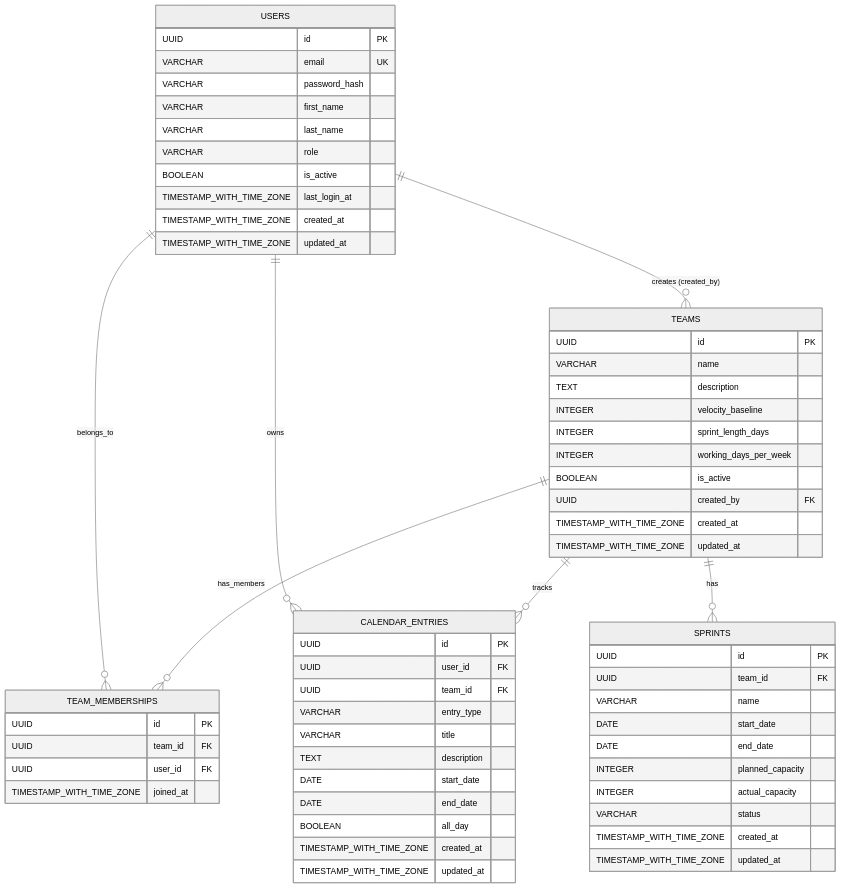
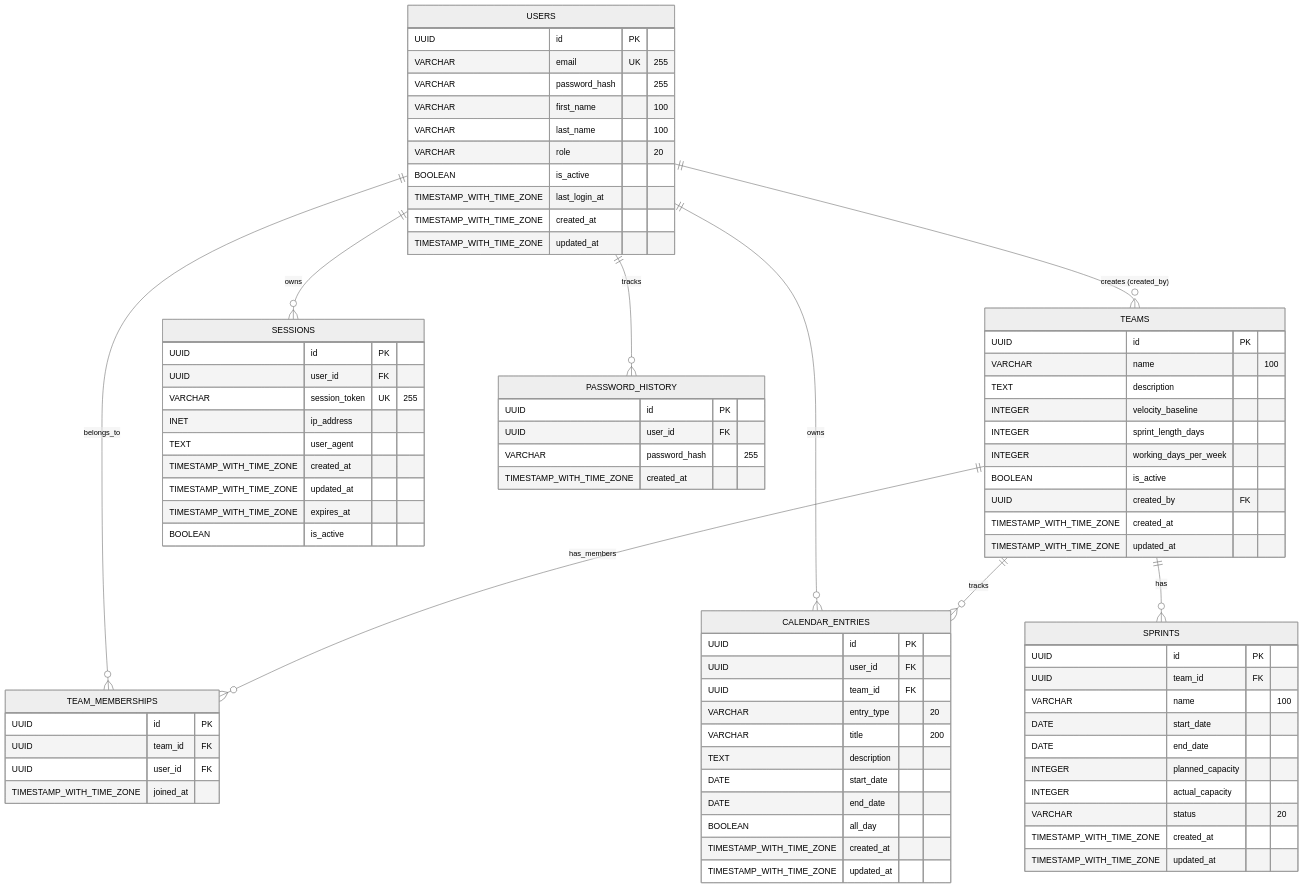
One commit to ApexAZ/zentropy changed the diagram in docs/database-erd.md. Above: the diagram before and after it, drawn with Mermaid (neutral theme). The commit also changed other lines of this file and 1 other file, not shown here.

```diff
--- a/docs/database-erd.md
+++ b/docs/database-erd.md
@@ -6,11 +6,11 @@
 erDiagram
     USERS {
         UUID id PK
-        VARCHAR email UK
-        VARCHAR password_hash
-        VARCHAR first_name
-        VARCHAR last_name
-        VARCHAR role
+        VARCHAR email UK "255"
+        VARCHAR password_hash "255"
+        VARCHAR first_name "100"
+        VARCHAR last_name "100"
+        VARCHAR role "20"
         BOOLEAN is_active
         TIMESTAMP_WITH_TIME_ZONE last_login_at
         TIMESTAMP_WITH_TIME_ZONE created_at
@@ -19,7 +19,7 @@
     
     TEAMS {
         UUID id PK
-        VARCHAR name
+        VARCHAR name "100"
         TEXT description
         INTEGER velocity_baseline
         INTEGER sprint_length_days
@@ -37,12 +37,31 @@
         TIMESTAMP_WITH_TIME_ZONE joined_at
     }
     
+    SESSIONS {
+        UUID id PK
+        UUID user_id FK
+        VARCHAR session_token UK "255"
+        INET ip_address
+        TEXT user_agent
+        TIMESTAMP_WITH_TIME_ZONE created_at
+        TIMESTAMP_WITH_TIME_ZONE updated_at
+        TIMESTAMP_WITH_TIME_ZONE expires_at
+        BOOLEAN is_active
+    }
+    
+    PASSWORD_HISTORY {
+        UUID id PK
+        UUID user_id FK
+        VARCHAR password_hash "255"
+        TIMESTAMP_WITH_TIME_ZONE created_at
+    }
+    
     CALENDAR_ENTRIES {
         UUID id PK
         UUID user_id FK
         UUID team_id FK
-        VARCHAR entry_type
-        VARCHAR title
+        VARCHAR entry_type "20"
+        VARCHAR title "200"
         TEXT description
         DATE start_date
         DATE end_date
@@ -54,12 +73,12 @@
     SPRINTS {
         UUID id PK
         UUID team_id FK
-        VARCHAR name
+        VARCHAR name "100"
         DATE start_date
         DATE end_date
         INTEGER planned_capacity
         INTEGER actual_capacity
-        VARCHAR status
+        VARCHAR status "20"
         TIMESTAMP_WITH_TIME_ZONE created_at
         TIMESTAMP_WITH_TIME_ZONE updated_at
     }
@@ -68,6 +87,8 @@
     USERS ||--o{ TEAMS : "creates (created_by)"
     USERS ||--o{ TEAM_MEMBERSHIPS : "belongs_to"
     TEAMS ||--o{ TEAM_MEMBERSHIPS : "has_members"
+    USERS ||--o{ SESSIONS : "owns"
+    USERS ||--o{ PASSWORD_HISTORY : "tracks"
     USERS ||--o{ CALENDAR_ENTRIES : "owns"
     TEAMS ||--o{ CALENDAR_ENTRIES : "tracks"
     TEAMS ||--o{ SPRINTS : "has"
```
